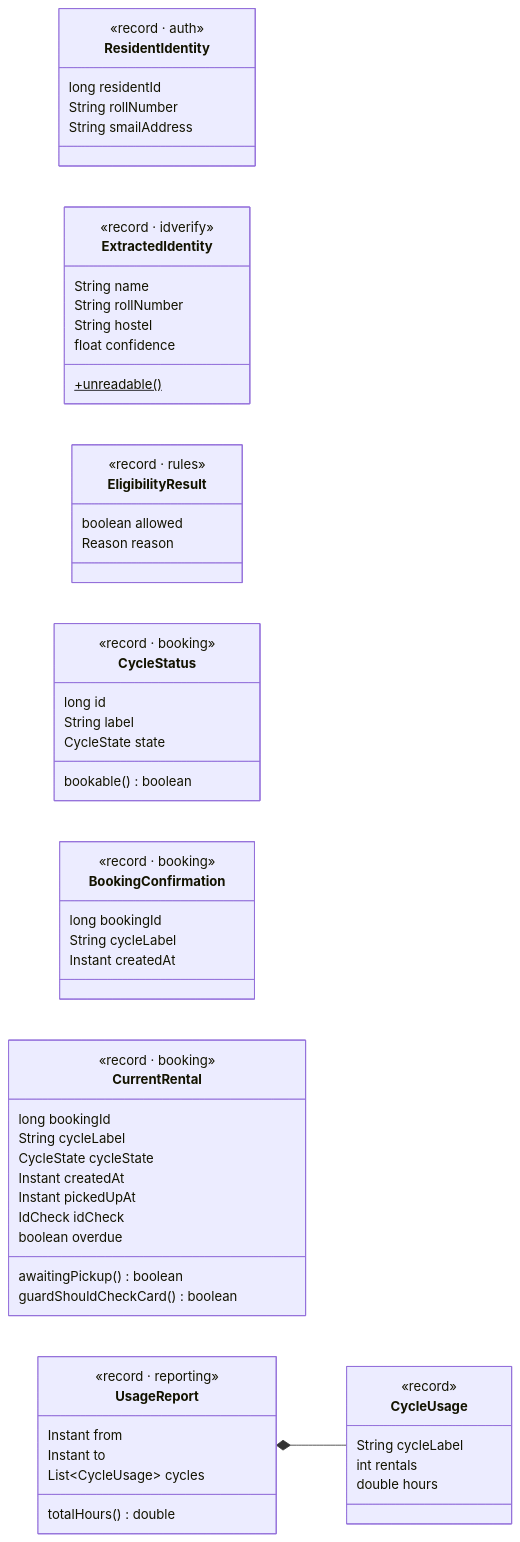
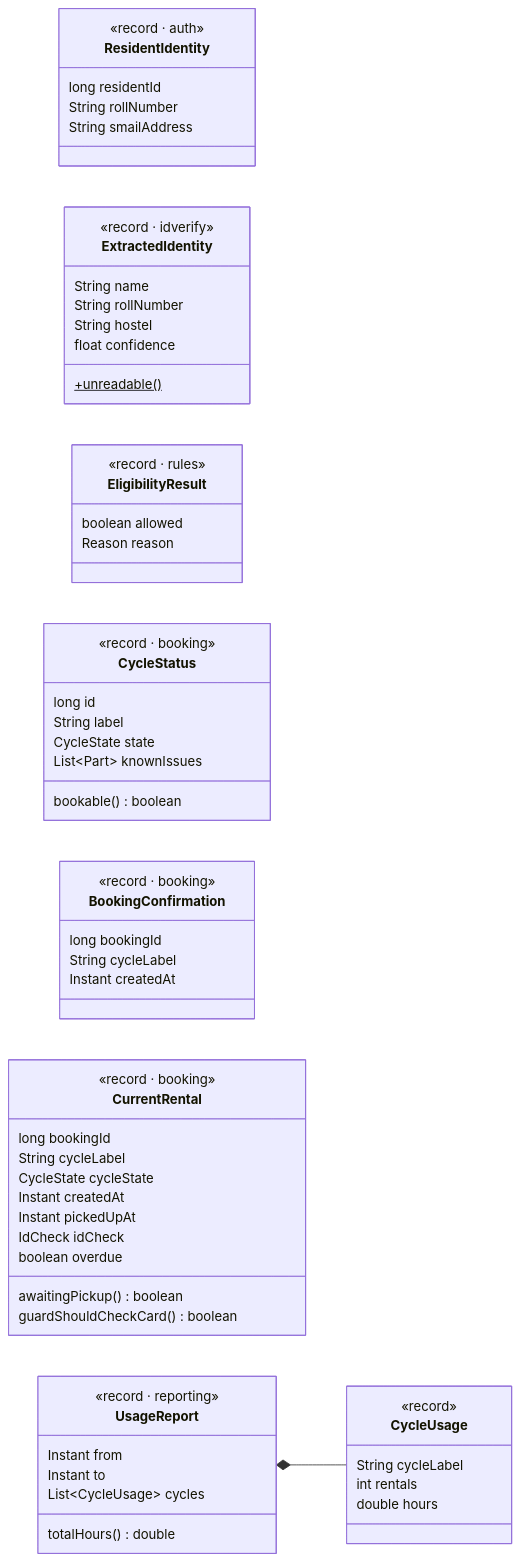
One commit to Xerxes05k/CS5013-Project changed the second of 3 diagrams in docs/SCHEMA.md. Above: the diagram before and after it, drawn with Mermaid. The commit also changed other lines of this file and 2 other files, not shown here.

````diff
--- a/docs/SCHEMA.md
+++ b/docs/SCHEMA.md
@@ -156,62 +158,63 @@
 ```mermaid
 classDiagram
     direction LR
     class ResidentIdentity {
         <<record · auth>>
         long residentId
         String rollNumber
         String smailAddress
     }
     class ExtractedIdentity {
         <<record · idverify>>
         String name
         String rollNumber
         String hostel
         float confidence
         +unreadable()$
     }
     class EligibilityResult {
         <<record · rules>>
         boolean allowed
         Reason reason
     }
     class CycleStatus {
         <<record · booking>>
         long id
         String label
         CycleState state
+        List~Part~ knownIssues
         bookable() boolean
     }
     class BookingConfirmation {
         <<record · booking>>
         long bookingId
         String cycleLabel
         Instant createdAt
     }
     class CurrentRental {
         <<record · booking>>
         long bookingId
         String cycleLabel
         CycleState cycleState
         Instant createdAt
         Instant pickedUpAt
         IdCheck idCheck
         boolean overdue
         awaitingPickup() boolean
         guardShouldCheckCard() boolean
     }
     class UsageReport {
         <<record · reporting>>
         Instant from
         Instant to
         List~CycleUsage~ cycles
         totalHours() double
     }
     class CycleUsage {
         <<record>>
         String cycleLabel
         int rentals
         double hours
     }
     UsageReport *-- CycleUsage
 ```
````
